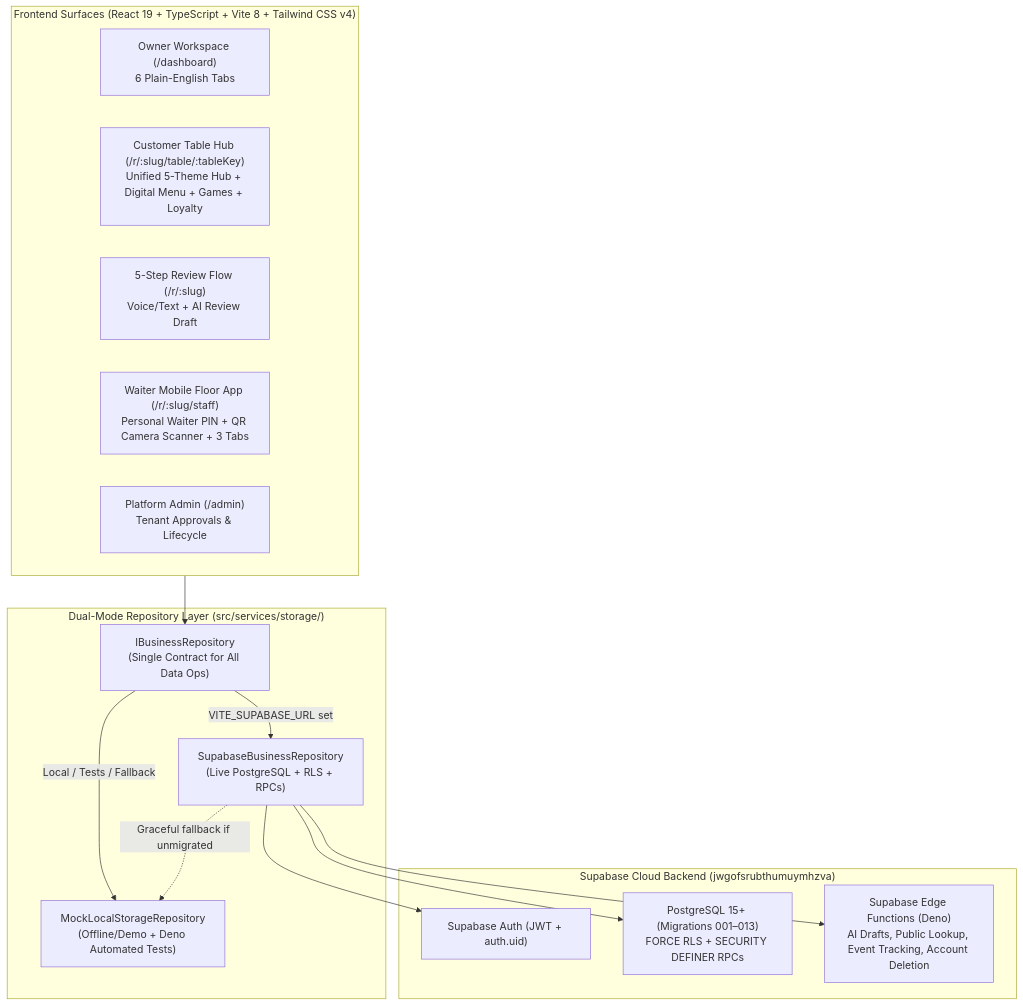
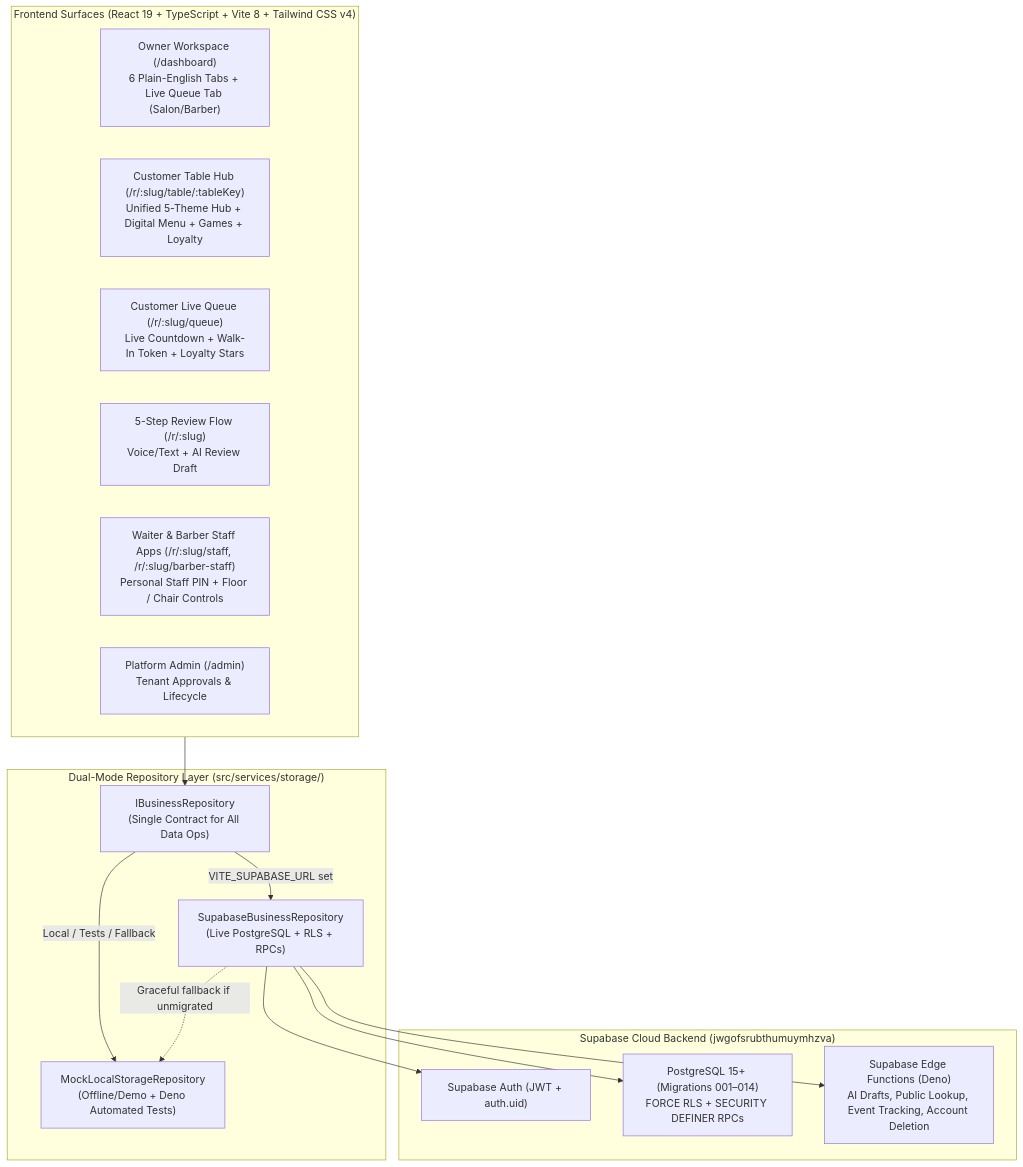
The first of 3 diagrams in ARCHITECTURE.md (pusalalaxmi41-ctrl/reviewassist-saas), drawn with Mermaid before and after one commit. The commit also changed other lines of this file and 19 other files, not shown here.

Commit message:
feat(module-4): barber & salon live queue timer, broadcast delays & loyalty integration

````diff
--- a/ARCHITECTURE.md
+++ b/ARCHITECTURE.md
@@ -14,30 +15,31 @@
 ```mermaid
 flowchart TB
     subgraph Clients["Frontend Surfaces (React 19 + TypeScript + Vite 8 + Tailwind CSS v4)"]
-        Owner["Owner Workspace (/dashboard)\n6 Plain-English Tabs"]
+        Owner["Owner Workspace (/dashboard)\n6 Plain-English Tabs + Live Queue Tab (Salon/Barber)"]
         Customer["Customer Table Hub (/r/:slug/table/:tableKey)\nUnified 5-Theme Hub + Digital Menu + Games + Loyalty"]
+        BarberGuest["Customer Live Queue (/r/:slug/queue)\nLive Countdown + Walk-In Token + Loyalty Stars"]
         Review["5-Step Review Flow (/r/:slug)\nVoice/Text + AI Review Draft"]
-        Waiter["Waiter Mobile Floor App (/r/:slug/staff)\nPersonal Waiter PIN + QR Camera Scanner + 3 Tabs"]
+        Waiter["Waiter & Barber Staff Apps (/r/:slug/staff, /r/:slug/barber-staff)\nPersonal Staff PIN + Floor / Chair Controls"]
         Admin["Platform Admin (/admin)\nTenant Approvals & Lifecycle"]
     end
 
     subgraph Repository["Dual-Mode Repository Layer (src/services/storage/)"]
         Interface["IBusinessRepository\n(Single Contract for All Data Ops)"]
         SupaRepo["SupabaseBusinessRepository\n(Live PostgreSQL + RLS + RPCs)"]
         MockRepo["MockLocalStorageRepository\n(Offline/Demo + Deno Automated Tests)"]
     end
 
     subgraph Backend["Supabase Cloud Backend (jwgofsrubthumuymhzva)"]
         Auth["Supabase Auth (JWT + auth.uid)"]
-        DB["PostgreSQL 15+ (Migrations 001–013)\nFORCE RLS + SECURITY DEFINER RPCs"]
+        DB["PostgreSQL 15+ (Migrations 001–014)\nFORCE RLS + SECURITY DEFINER RPCs"]
         Edge["Supabase Edge Functions (Deno)\nAI Drafts, Public Lookup, Event Tracking, Account Deletion"]
     end
 
     Clients --> Interface
     Interface -->|"VITE_SUPABASE_URL set"| SupaRepo
     Interface -->|"Local / Tests / Fallback"| MockRepo
     SupaRepo --> Auth
     SupaRepo --> DB
     SupaRepo --> Edge
     SupaRepo -.->|"Graceful fallback if unmigrated"| MockRepo
 ```
````
